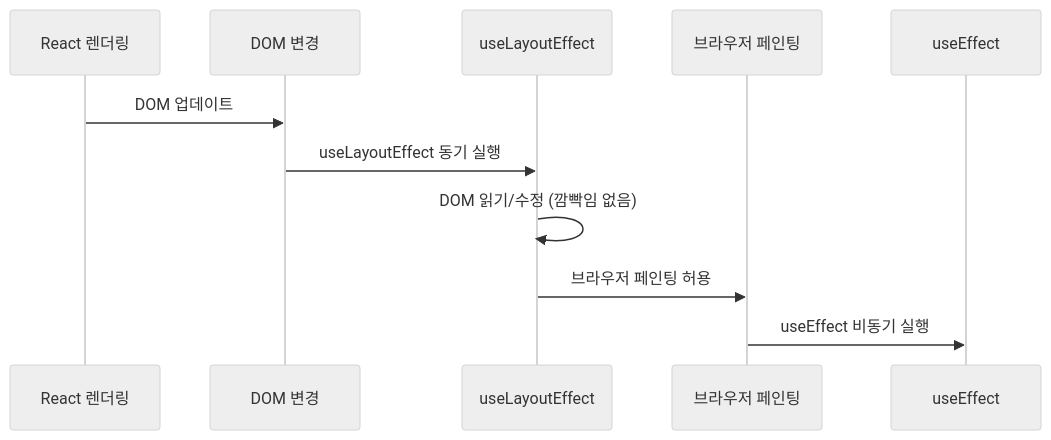
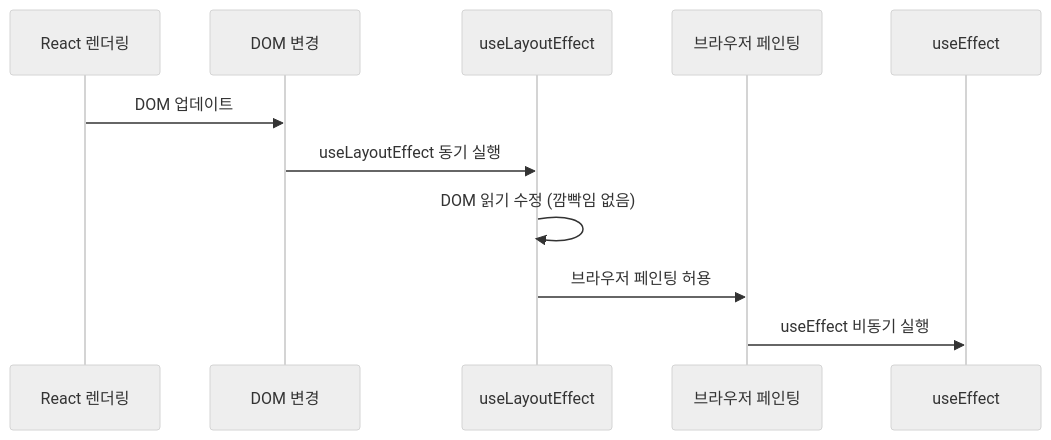
The fourth of 6 diagrams in _posts/frontend/2026-05-02-react-hooks.md (yjkim2015/yjkim2015.github.io), drawn with Mermaid (neutral theme) before and after one commit. The commit also changed other lines of this file and 122 other files, not shown here.

````diff
--- a/_posts/frontend/2026-05-02-react-hooks.md
+++ b/_posts/frontend/2026-05-02-react-hooks.md
@@ -348,14 +322,14 @@
 ```mermaid
 sequenceDiagram
     participant RENDER as React 렌더링
     participant DOM as DOM 변경
     participant LAY as useLayoutEffect
     participant PAINT as 브라우저 페인팅
     participant EFF as useEffect
 
     RENDER->>DOM: DOM 업데이트
     DOM->>LAY: useLayoutEffect 동기 실행
-    LAY->>LAY: DOM 읽기/수정 (깜빡임 없음)
+    LAY->>LAY: DOM 읽기 수정 (깜빡임 없음)
     LAY->>PAINT: 브라우저 페인팅 허용
     PAINT->>EFF: useEffect 비동기 실행
 ```
````
